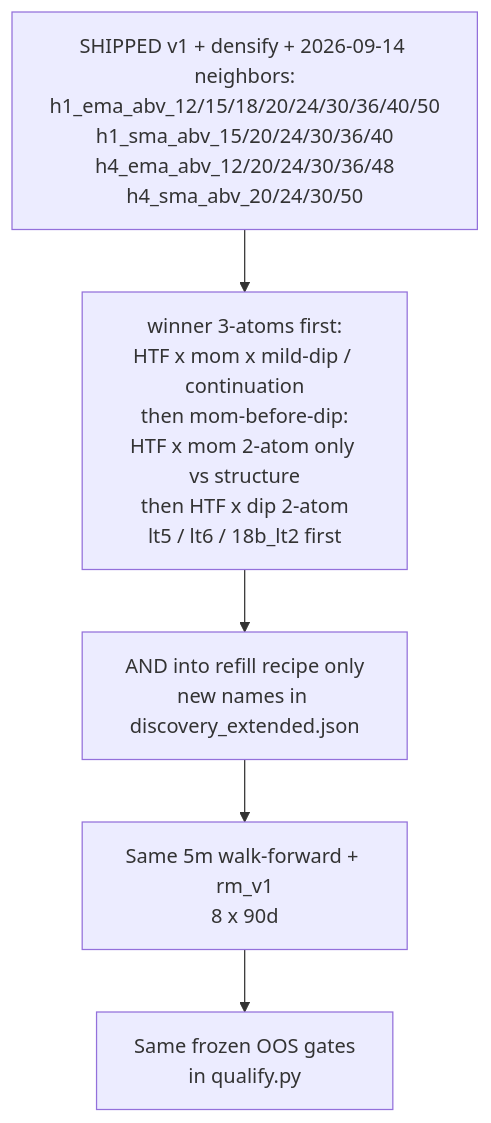
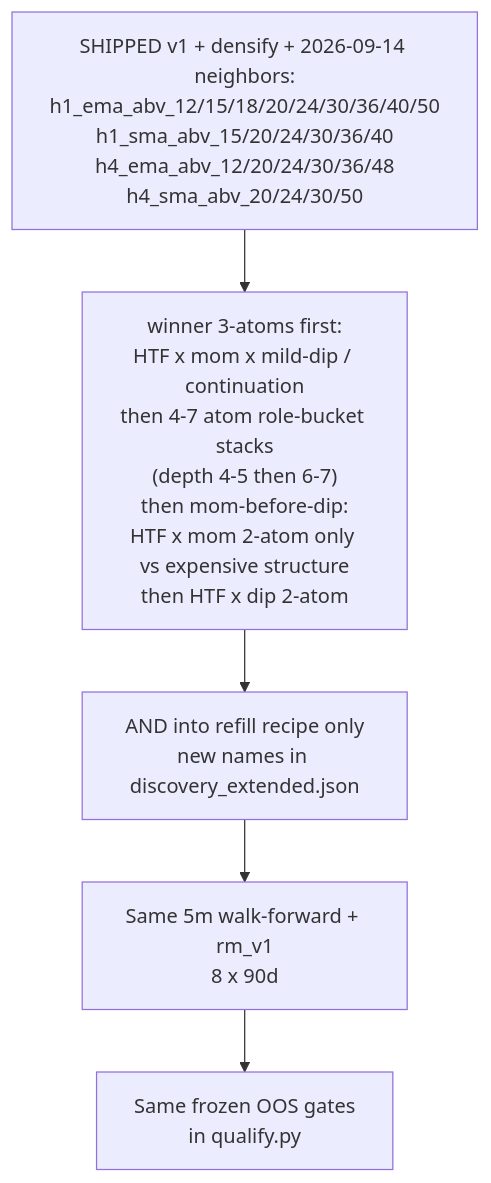
Before and after one commit to Runemark7/paper-trading-bot: the third of 3 diagrams in docs/WORKFLOW.md, drawn with Mermaid. The commit also changed other lines of this file and 7 other files, not shown here.

First line of the commit message:
feat(discovery): mint 4-7 atom admit stacks (#60)

````diff
--- a/docs/WORKFLOW.md
+++ b/docs/WORKFLOW.md
@@ -168,10 +171,10 @@
 ```mermaid
 flowchart TB
   shipped["SHIPPED v1 + densify + 2026-09-14 neighbors:\nh1_ema_abv_12/15/18/20/24/30/36/40/50\nh1_sma_abv_15/20/24/30/36/40\nh4_ema_abv_12/20/24/30/36/48\nh4_sma_abv_20/24/30/50"]
-  order["winner 3-atoms first:\nHTF x mom x mild-dip / continuation\nthen mom-before-dip:\nHTF x mom 2-atom only vs structure\nthen HTF x dip 2-atom\nlt5 / lt6 / 18b_lt2 first"]
+  order["winner 3-atoms first:\nHTF x mom x mild-dip / continuation\nthen 4-7 atom role-bucket stacks\n(depth 4-5 then 6-7)\nthen mom-before-dip:\nHTF x mom 2-atom only vs expensive structure\nthen HTF x dip 2-atom"]
   mintOnly["AND into refill recipe only\nnew names in discovery_extended.json"]
   sameEval["Same 5m walk-forward + rm_v1\n8 x 90d"]
   sameGate["Same frozen OOS gates\nin qualify.py"]
 
   shipped --> order --> mintOnly --> sameEval --> sameGate
 ```
````
